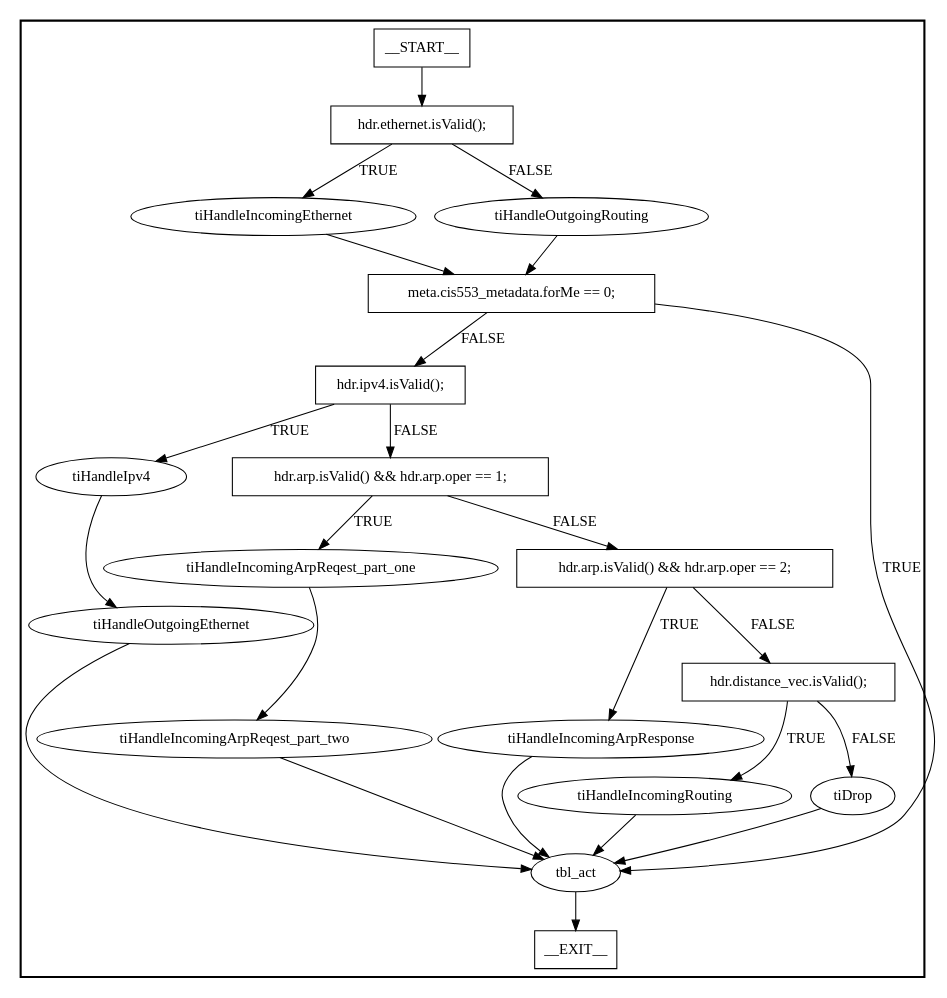
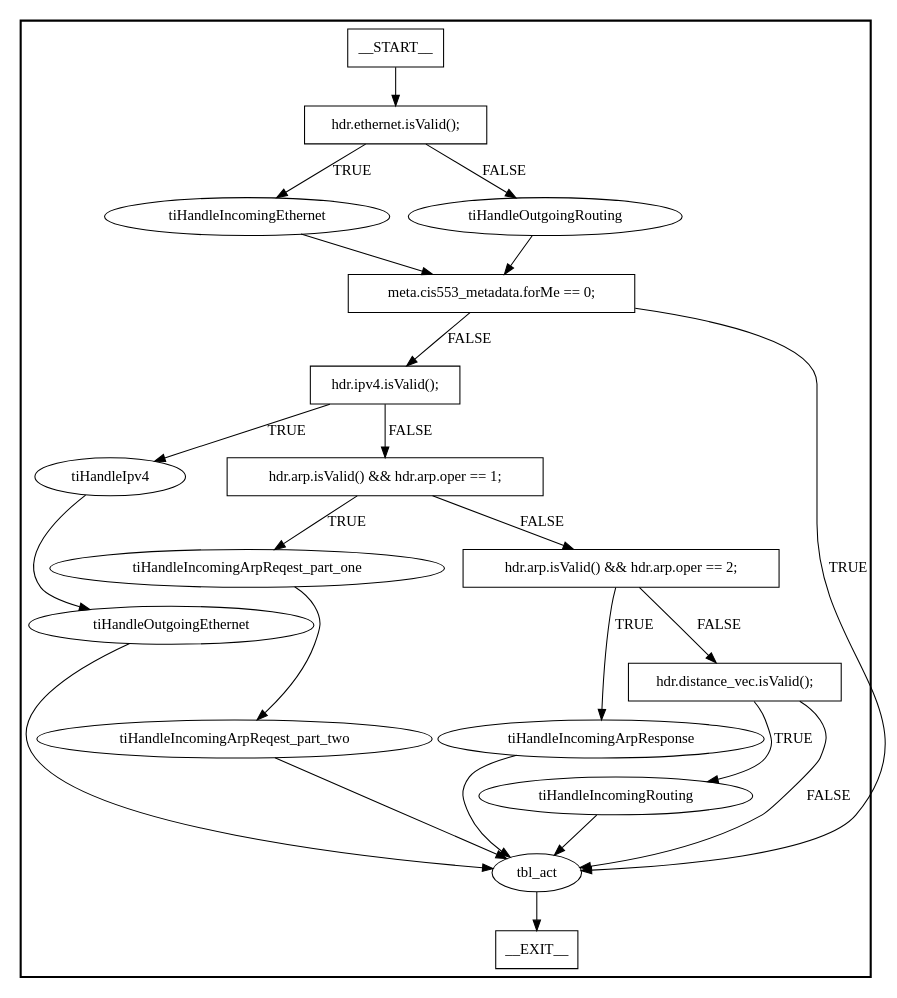
One commit to eniac/FP4 changed the diagram in instrumentation/mvbl/context_dot_cache/dv_router/ingress.dot. Above: the diagram before and after it, drawn with Graphviz. The commit also changed 10 other files, not shown here.

```diff
--- a/instrumentation/mvbl/context_dot_cache/dv_router/ingress.dot
+++ b/instrumentation/mvbl/context_dot_cache/dv_router/ingress.dot
@@ -1,47 +1,45 @@
 digraph ingress {
 subgraph cluster {
 graph [
 label="", labeljust=r, style=bold];
 0[label=__START__, margin="", shape=rectangle, style=solid];
 1[label=__EXIT__, margin="", shape=rectangle, style=solid];
 2[label="hdr.ethernet.isValid();", margin="", shape=rectangle, style=solid];
 3[label=tiHandleIncomingEthernet, margin="", shape=ellipse, style=solid];
 4[label=tiHandleOutgoingRouting, margin="", shape=ellipse, style=solid];
 5[label="meta.cis553_metadata.forMe == 0;", margin="", shape=rectangle, style=solid];
 6[label="hdr.ipv4.isValid();", margin="", shape=rectangle, style=solid];
 7[label=tiHandleIpv4, margin="", shape=ellipse, style=solid];
 8[label=tiHandleOutgoingEthernet, margin="", shape=ellipse, style=solid];
 9[label="hdr.arp.isValid() && hdr.arp.oper == 1;", margin="", shape=rectangle, style=solid];
 10[label=tiHandleIncomingArpReqest_part_one, margin="", shape=ellipse, style=solid];
 11[label=tiHandleIncomingArpReqest_part_two, margin="", shape=ellipse, style=solid];
 12[label="hdr.arp.isValid() && hdr.arp.oper == 2;", margin="", shape=rectangle, style=solid];
 13[label=tiHandleIncomingArpResponse, margin="", shape=ellipse, style=solid];
 14[label="hdr.distance_vec.isValid();", margin="", shape=rectangle, style=solid];
 15[label=tiHandleIncomingRouting, margin="", shape=ellipse, style=solid];
-16[label=tiDrop, margin="", shape=ellipse, style=solid];
-17[label=tbl_act, margin="", shape=ellipse, style=solid];
+16[label=tbl_act, margin="", shape=ellipse, style=solid];
 0 -> 2[label=""];
 2 -> 3[label=TRUE];
 2 -> 4[label=FALSE];
 3 -> 5[label=""];
 4 -> 5[label=""];
 5 -> 6[label=FALSE];
-5 -> 17[label=TRUE];
+5 -> 16[label=TRUE];
 6 -> 7[label=TRUE];
 6 -> 9[label=FALSE];
 7 -> 8[label=""];
-8 -> 17[label=""];
+8 -> 16[label=""];
 9 -> 10[label=TRUE];
 9 -> 12[label=FALSE];
 10 -> 11[label=""];
-11 -> 17[label=""];
+11 -> 16[label=""];
 12 -> 13[label=TRUE];
 12 -> 14[label=FALSE];
-13 -> 17[label=""];
+13 -> 16[label=""];
 14 -> 15[label=TRUE];
 14 -> 16[label=FALSE];
-15 -> 17[label=""];
-16 -> 17[label=""];
-17 -> 1[label=""];
+15 -> 16[label=""];
+16 -> 1[label=""];
 }
 }
```
